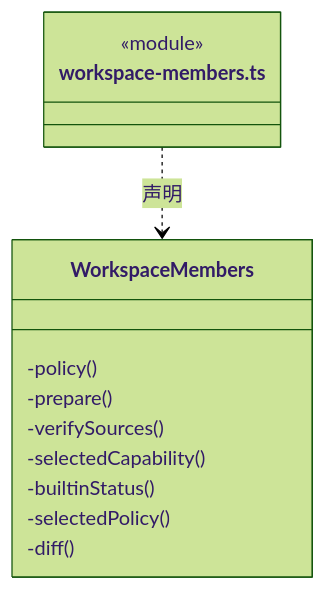
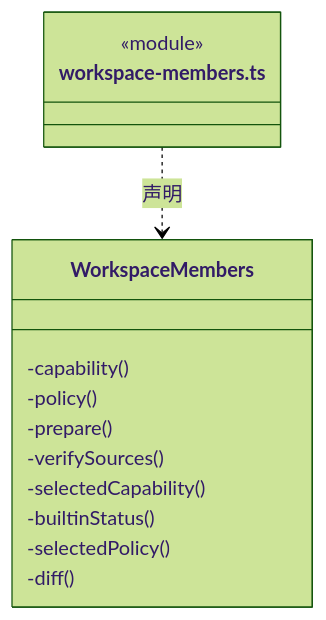
Before and after one commit to nan023062/cbim: diagram 19 of 26 in src/backend/main/workspace/ARCHITECTURE.md, drawn with Mermaid (forest theme). The commit also changed other lines of this file and 29 other files, not shown here.

````diff
--- a/src/backend/main/workspace/ARCHITECTURE.md
+++ b/src/backend/main/workspace/ARCHITECTURE.md
@@ -399,16 +412,17 @@
 ```mermaid
 classDiagram
 class N_src_backend_main_workspace_workspace_members_ts["workspace-members.ts"] {
   <<module>>
 }
 class N_src_backend_main_workspace_workspace_members_ts_WorkspaceMembers["WorkspaceMembers"] {
+  -capability()
   -policy()
   -prepare()
   -verifySources()
   -selectedCapability()
   -builtinStatus()
   -selectedPolicy()
   -diff()
 }
 N_src_backend_main_workspace_workspace_members_ts ..> N_src_backend_main_workspace_workspace_members_ts_WorkspaceMembers : 声明
 ```
````
